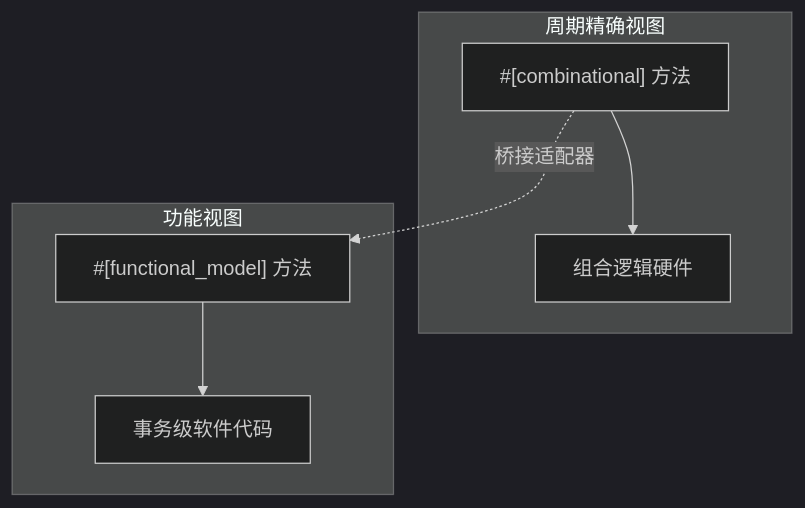
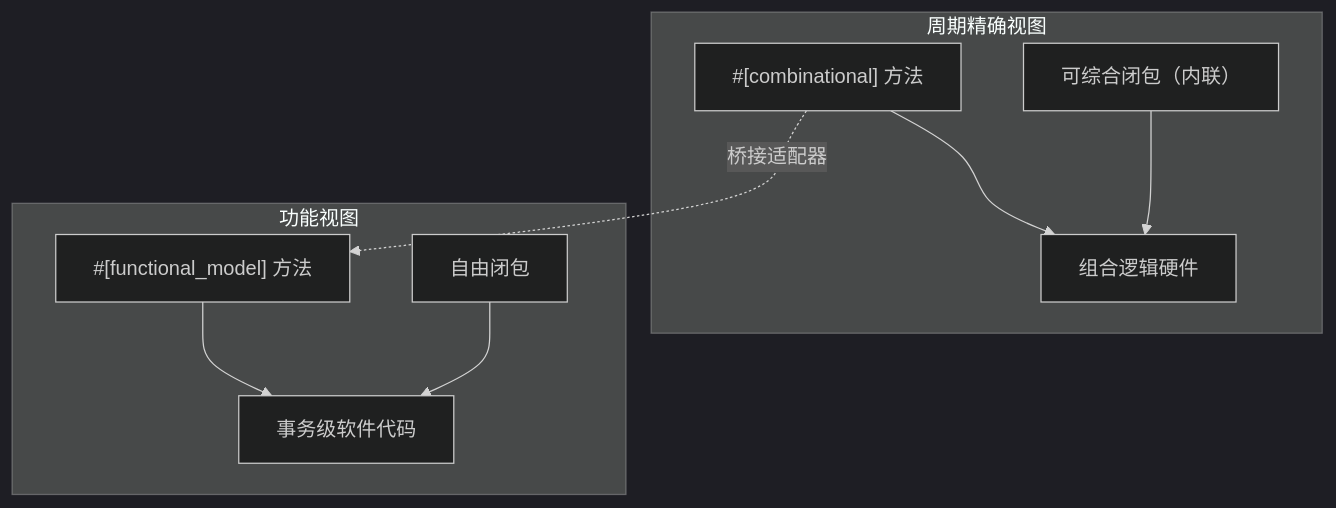
One commit to TangCan/bitloom changed the ninth of 10 diagrams in docs/requirements/7. 组合逻辑.md. Above: the diagram before and after it, drawn with Mermaid (dark theme). The commit also changed other lines of this file and 17 other files, not shown here.

````diff
--- a/docs/requirements/7. 组合逻辑.md
+++ b/docs/requirements/7. 组合逻辑.md
@@ -375,11 +348,12 @@
 ```mermaid
 flowchart TB
     subgraph 周期精确视图
         A["#[combinational] 方法"] --> B[组合逻辑硬件]
+        A2["可综合闭包（内联）"] --> B
     end
     subgraph 功能视图
         C["#[functional_model] 方法"] --> D[事务级软件代码]
+        C2["自由闭包"] --> D
     end
     A -.->|桥接适配器| C
-
 ```
````
